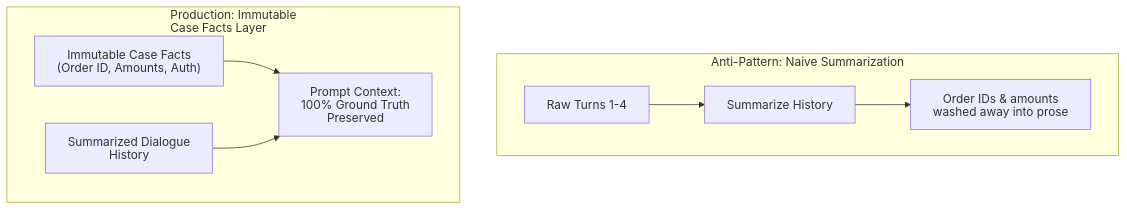
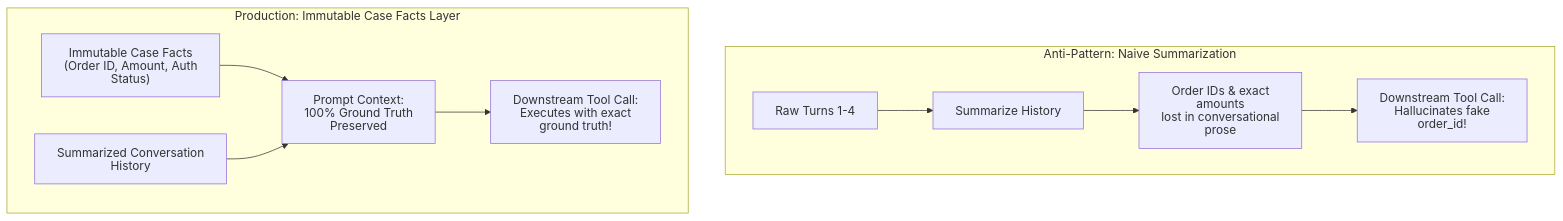
The second of 6 diagrams in domain5/KEY_CONCEPTS.md (dip4k/claude_cert_architect_foundation_prep), drawn with Mermaid before and after one commit. The commit also changed other lines of this file and 51 other files, not shown here.

First line of the commit message:
docs: curriculum usability, cognitive flow, and structural audit pass

````diff
--- a/domain5/KEY_CONCEPTS.md
+++ b/domain5/KEY_CONCEPTS.md
@@ -72,17 +111,19 @@
 ```mermaid
 ---
 config:
   htmlLabels: false
 ---
 flowchart TD
     subgraph Bad ["Anti-Pattern: Naive Summarization"]
         B1["Raw Turns 1-4"] --> B2["Summarize History"]
-        B2 --> B3["Order IDs & amounts<br>washed away into prose"]
+        B2 --> B3["Order IDs & exact amounts<br>lost in conversational prose"]
+        B3 --> B4["Downstream Tool Call:<br>Hallucinates fake order_id!"]
     end
 
-    subgraph Good ["Production: Immutable<br>Case Facts Layer"]
-        G1["Immutable Case Facts<br>(Order ID, Amounts, Auth)"]
-        G2["Summarized Dialogue History"]
+    subgraph Good ["Production: Immutable Case Facts Layer"]
+        G1["Immutable Case Facts<br>(Order ID, Amount, Auth Status)"]
+        G2["Summarized Conversation History"]
         G1 & G2 --> G3["Prompt Context:<br>100% Ground Truth Preserved"]
+        G3 --> G4["Downstream Tool Call:<br>Executes with exact ground truth!"]
     end
 ```
````
